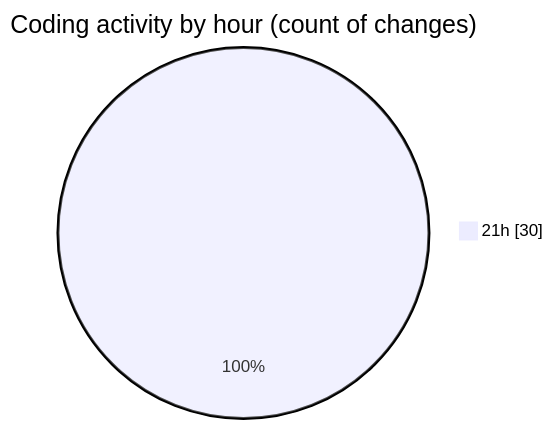
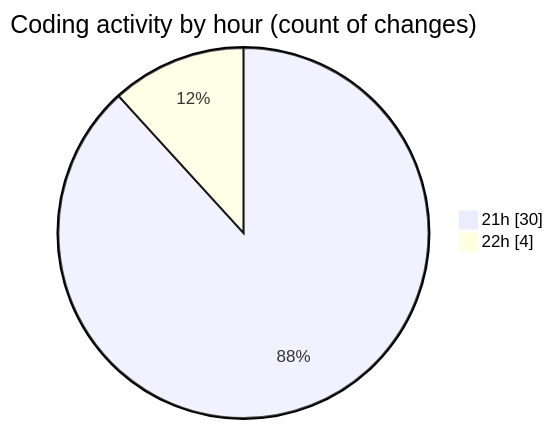
The second of 2 diagrams in 2026-01-02/dsa/README.md (Ritupan-Deka/code-tracking), drawn with Mermaid before and after one commit. The commit also changed other lines of this file and 1 other file, not shown here.

````diff
--- a/2026-01-02/dsa/README.md
+++ b/2026-01-02/dsa/README.md
@@ -31,5 +31,6 @@
 ```mermaid
 pie showData
 title Coding activity by hour (count of changes)
 "21h" : 30
+"22h" : 4
 ```
````
